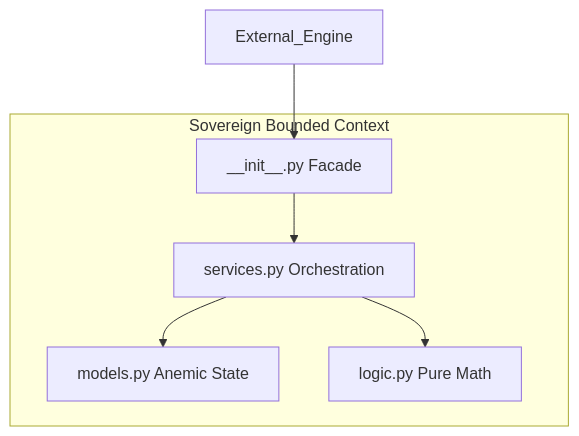
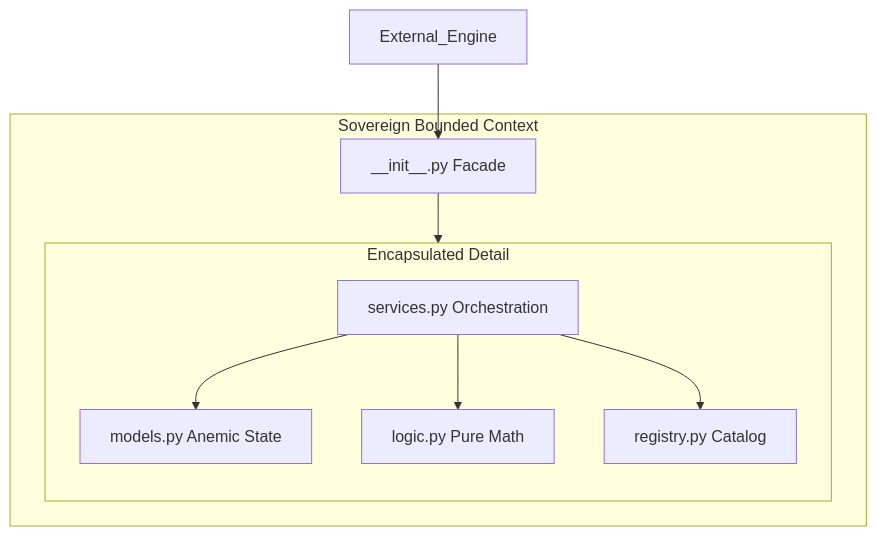
Before and after one commit to mnaatjes/oregon-trail-clone: the first of 2 diagrams in docs/design/domain_layer.md, drawn with Mermaid. The commit also changed other lines of this file and 7 other files, not shown here.

````diff
--- a/docs/design/domain_layer.md
+++ b/docs/design/domain_layer.md
@@ -10,15 +10,21 @@
 ```mermaid
 graph TD
     subgraph Package_Boundary [Sovereign Bounded Context]
         Facade[__init__.py Facade]
-        Models[models.py Anemic State]
-        Logic[logic.py Pure Math]
-        Service[services.py Orchestration]
+        
+        subgraph Internal_Anatomy [Encapsulated Detail]
+            direction TB
+            Models[models.py Anemic State]
+            Logic[logic.py Pure Math]
+            Service[services.py Orchestration]
+            Registry[registry.py Catalog]
+        end
         
         Facade --> Service
         Service --> Models
         Service --> Logic
+        Service --> Registry
     end
     
     External_Engine --> Facade
 ```
````
